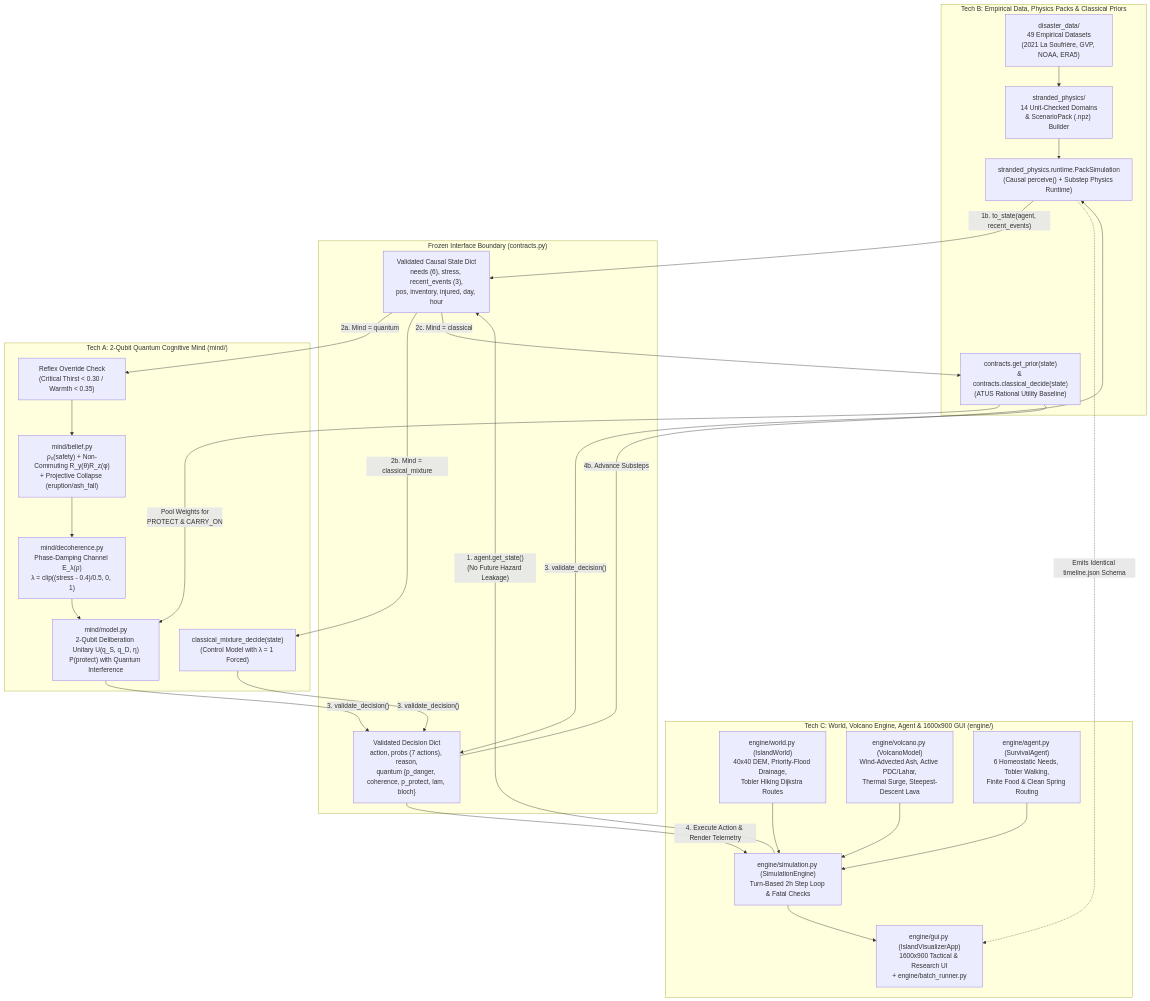
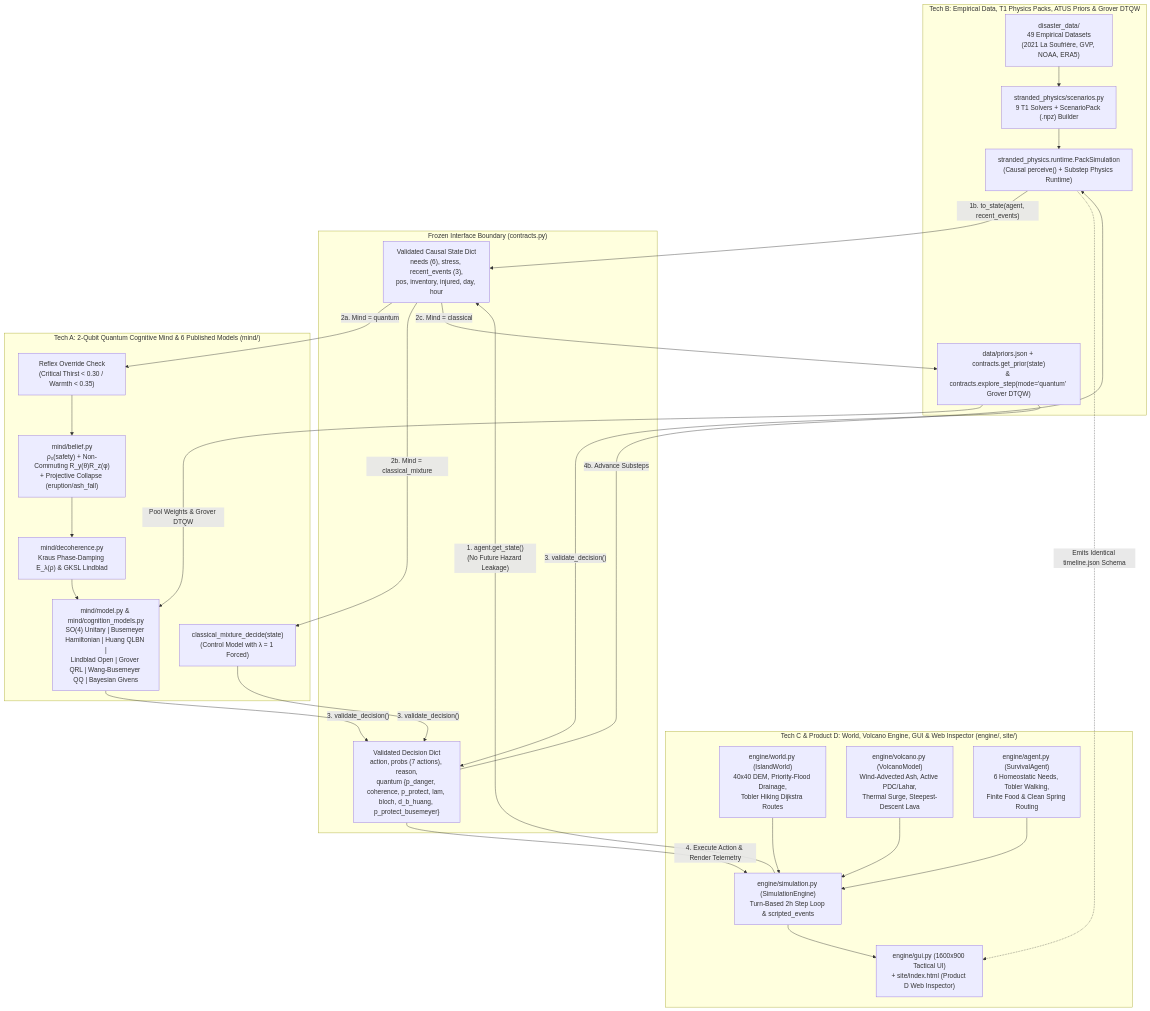
One commit to Muammal/Qiskit-Fest-Qognition changed the diagram in docs/TECH_A_B_C_INTEGRATION.md. Above: the diagram before and after it, drawn with Mermaid. The commit also changed other lines of this file and 26 other files, not shown here.

Commit message:
Implement 6 published quantum cognition models, T1 St. Vincent physics solvers, ATUS priors, Grover DTQW, scripted counterfactuals, 3-mind GUI/CLI, Product D web inspector, and updated documentation

````diff
--- a/docs/TECH_A_B_C_INTEGRATION.md
+++ b/docs/TECH_A_B_C_INTEGRATION.md
@@ -24,44 +26,44 @@
 ```mermaid
 flowchart TB
-    subgraph TECH_B["Tech B: Empirical Data, Physics Packs & Classical Priors"]
+    subgraph TECH_B["Tech B: Empirical Data, T1 Physics Packs, ATUS Priors & Grover DTQW"]
         DD["disaster_data/\n49 Empirical Datasets\n(2021 La Soufrière, GVP, NOAA, ERA5)"]
-        SP["stranded_physics/\n14 Unit-Checked Domains\n& ScenarioPack (.npz) Builder"]
-        PRIOR["contracts.get_prior(state)\n& contracts.classical_decide(state)\n(ATUS Rational Utility Baseline)"]
+        SP["stranded_physics/scenarios.py\n9 T1 Solvers + ScenarioPack (.npz) Builder"]
+        PRIOR["data/priors.json + contracts.get_prior(state)\n& contracts.explore_step(mode='quantum' Grover DTQW)"]
         PACK_SIM["stranded_physics.runtime.PackSimulation\n(Causal perceive() + Substep Physics Runtime)"]
         DD --> SP --> PACK_SIM
     end
 
     subgraph CONTRACTS["Frozen Interface Boundary (contracts.py)"]
         STATE_C["Validated Causal State Dict\nneeds (6), stress, recent_events (3),\npos, inventory, injured, day, hour"]
-        DEC_C["Validated Decision Dict\naction, probs (7 actions), reason,\nquantum {p_danger, coherence, p_protect, lam, bloch}"]
+        DEC_C["Validated Decision Dict\naction, probs (7 actions), reason,\nquantum {p_danger, coherence, p_protect, lam, bloch, d_b_huang, p_protect_busemeyer}"]
     end
 
-    subgraph TECH_A["Tech A: 2-Qubit Quantum Cognitive Mind (mind/)"]
+    subgraph TECH_A["Tech A: 2-Qubit Quantum Cognitive Mind & 6 Published Models (mind/)"]
         REF["Reflex Override Check\n(Critical Thirst < 0.30 / Warmth < 0.35)"]
         BEL["mind/belief.py\nρ₀(safety) + Non-Commuting R_y(θ)R_z(φ)\n+ Projective Collapse (eruption/ash_fall)"]
-        DECO["mind/decoherence.py\nPhase-Damping Channel E_λ(ρ)\nλ = clip((stress - 0.4)/0.5, 0, 1)"]
-        DELIB["mind/model.py\n2-Qubit Deliberation Unitary U(q_S, q_D, η)\nP(protect) with Quantum Interference"]
+        DECO["mind/decoherence.py\nKraus Phase-Damping E_λ(ρ) & GKSL Lindblad"]
+        DELIB["mind/model.py & mind/cognition_models.py\nSO(4) Unitary | Busemeyer Hamiltonian | Huang QLBN |\nLindblad Open | Grover QRL | Wang-Busemeyer QQ | Bayesian Givens"]
         CMIX["classical_mixture_decide(state)\n(Control Model with λ = 1 Forced)"]
         REF --> BEL --> DECO --> DELIB
     end
 
-    subgraph TECH_C["Tech C: World, Volcano Engine, Agent & 1600x900 GUI (engine/)"]
+    subgraph TECH_C["Tech C & Product D: World, Volcano Engine, GUI & Web Inspector (engine/, site/)"]
         WORLD["engine/world.py (IslandWorld)\n40x40 DEM, Priority-Flood Drainage,\nTobler Hiking Dijkstra Routes"]
         VOLC["engine/volcano.py (VolcanoModel)\nWind-Advected Ash, Active PDC/Lahar,\nThermal Surge, Steepest-Descent Lava"]
         AGENT["engine/agent.py (SurvivalAgent)\n6 Homeostatic Needs, Tobler Walking,\nFinite Food & Clean Spring Routing"]
-        ENG["engine/simulation.py (SimulationEngine)\nTurn-Based 2h Step Loop & Fatal Checks"]
-        GUI["engine/gui.py (IslandVisualizerApp)\n1600x900 Tactical & Research UI\n+ engine/batch_runner.py"]
+        ENG["engine/simulation.py (SimulationEngine)\nTurn-Based 2h Step Loop & scripted_events"]
+        GUI["engine/gui.py (1600x900 Tactical UI)\n+ site/index.html (Product D Web Inspector)"]
         WORLD & VOLC & AGENT --> ENG --> GUI
     end
 
     ENG -- "1. agent.get_state()\n(No Future Hazard Leakage)" --> STATE_C
     PACK_SIM -- "1b. to_state(agent, recent_events)" --> STATE_C
     STATE_C -- "2a. Mind = quantum" --> REF
     STATE_C -- "2b. Mind = classical_mixture" --> CMIX
     STATE_C -- "2c. Mind = classical" --> PRIOR
-    PRIOR -- "Pool Weights for\nPROTECT & CARRY_ON" --> DELIB
+    PRIOR -- "Pool Weights & Grover DTQW" --> DELIB
     DELIB & CMIX & PRIOR -- "3. validate_decision()" --> DEC_C
     DEC_C -- "4. Execute Action & Render Telemetry" --> ENG
     DEC_C -- "4b. Advance Substeps" --> PACK_SIM
     PACK_SIM -. "Emits Identical timeline.json Schema" .-> GUI
 ```
````
